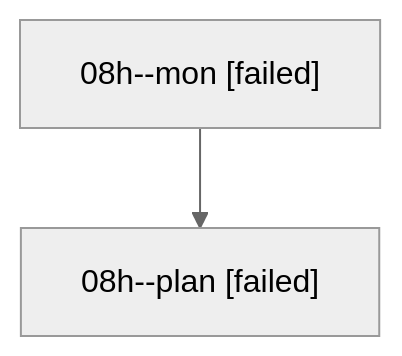
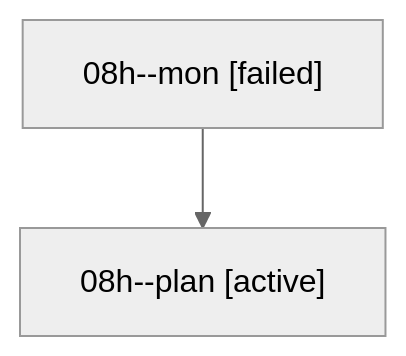
Before and after one commit to sase-org/sase--agents: the diagram in families/bbugyi200.athena.08h.md, drawn with Mermaid (neutral theme). The commit also changed other lines of this file and 35830 other files, not shown here.

````diff
--- a/families/bbugyi200.athena.08h.md
+++ b/families/bbugyi200.athena.08h.md
@@ -9,6 +9,6 @@
 ```mermaid
 flowchart TD
   n0["08h--mon [failed]"]
-  n1["08h--plan [failed]"]
+  n1["08h--plan [active]"]
   n0 --> n1
 ```
````
